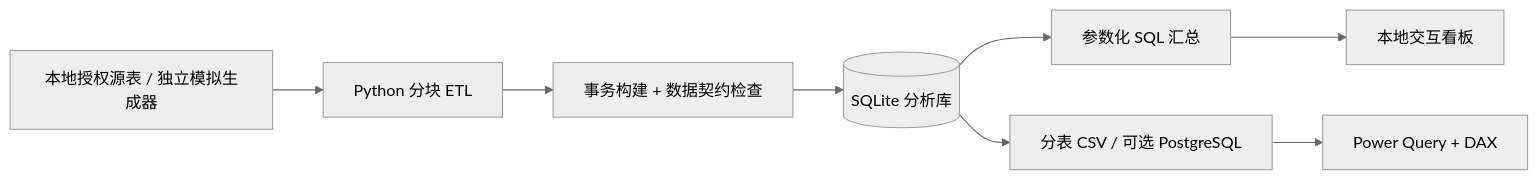
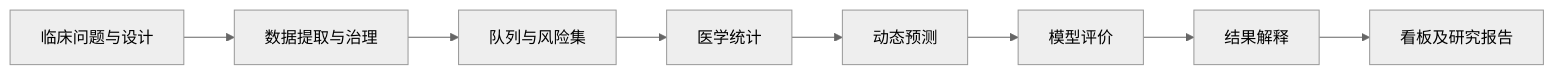
The first of 2 diagrams in README.md (huhu-0026/icu-outcomes-analytics), drawn with Mermaid (neutral theme) before and after one commit. The commit also changed other lines of this file and 39 other files, not shown here.

````diff
--- a/README.md
+++ b/README.md
@@ -38,10 +19,6 @@
 ```mermaid
 flowchart LR
- A[本地授权源表 / 独立模拟生成器] --> B[Python 分块 ETL]
- B --> C[事务构建 + 数据契约检查]
- C --> D[(SQLite 分析库)]
- D --> E[参数化 SQL 汇总]
- E --> F[本地交互看板]
- D --> G[分表 CSV / 可选 PostgreSQL]
- G --> H[Power Query + DAX]
+  A["临床问题与设计"] --> B["数据提取与治理"] --> C["队列与风险集"]
+  C --> D["医学统计"] --> E["动态预测"] --> F["模型评价"]
+  F --> G["结果解释"] --> H["看板及研究报告"]
 ```
````
